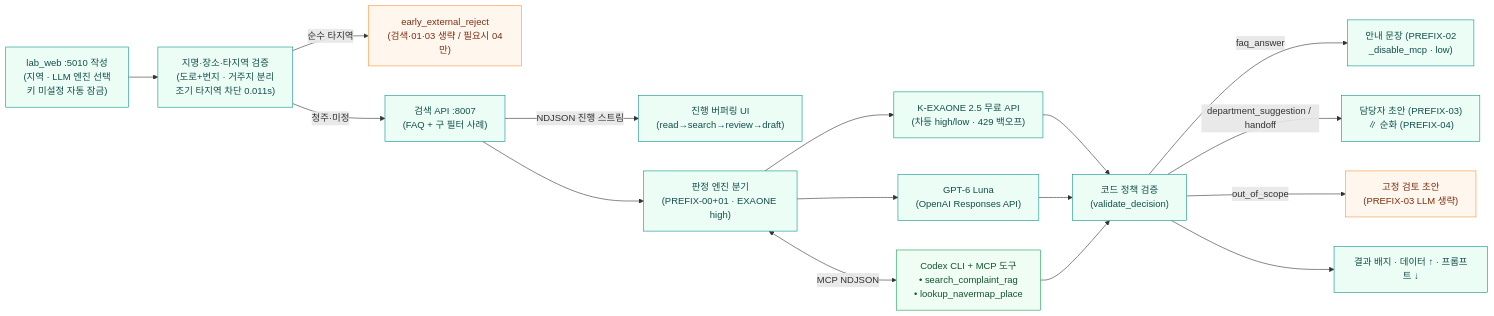
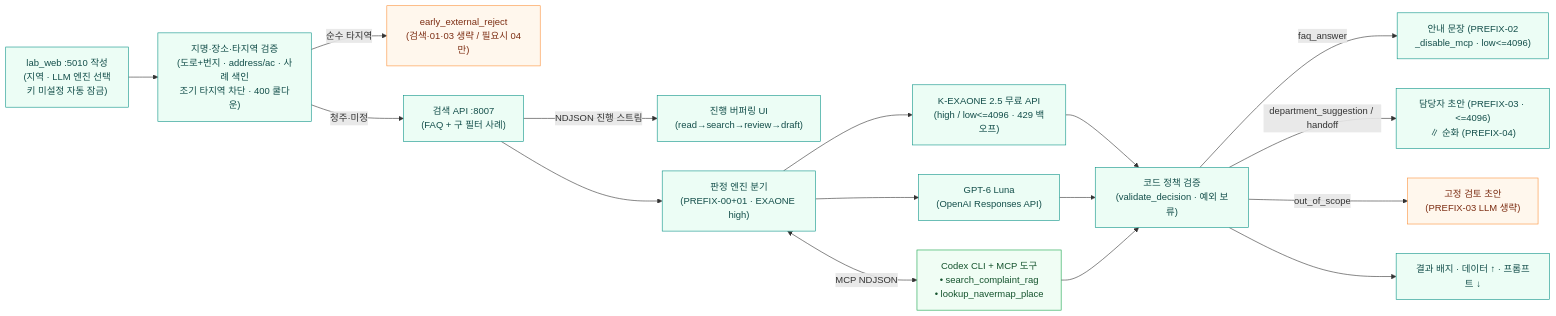
One commit to hy040504/ai-complaint-process changed the first of 4 diagrams in README.md. Above: the diagram before and after it, drawn with Mermaid. The commit also changed other lines of this file and 22 other files, not shown here.

````diff
--- a/README.md
+++ b/README.md
@@ -154,24 +154,24 @@
 ```mermaid
 flowchart LR
-    W["lab_web :5010 작성<br/>(지역 · LLM 엔진 선택<br/>키 미설정 자동 잠금)"] --> D["지명·장소·타지역 검증<br/>(도로+번지 · 거주지 분리<br/>조기 타지역 차단 0.011s)"]
+    W["lab_web :5010 작성<br/>(지역 · LLM 엔진 선택<br/>키 미설정 자동 잠금)"] --> D["지명·장소·타지역 검증<br/>(도로+번지 · address/ac · 사례 색인<br/>조기 타지역 차단 · 400 쿨다운)"]
     D -->|순수 타지역| E0["early_external_reject<br/>(검색·01·03 생략 / 필요시 04만)"]
     D -->|청주·미정| S["검색 API :8007<br/>(FAQ + 구 필터 사례)"]
     S -->|NDJSON 진행 스트림| P["진행 버퍼링 UI<br/>(read→search→review→draft)"]
     S --> C["판정 엔진 분기<br/>(PREFIX-00+01 · EXAONE high)"]
-    C --> E1["K-EXAONE 2.5 무료 API<br/>(차등 high/low · 429 백오프)"]
+    C --> E1["K-EXAONE 2.5 무료 API<br/>(high / low<=4096 · 429 백오프)"]
     C --> E2["GPT-6 Luna<br/>(OpenAI Responses API)"]
     C <-->|MCP NDJSON| M["Codex CLI + MCP 도구<br/>• search_complaint_rag<br/>• lookup_navermap_place"]
-    E1 --> V["코드 정책 검증<br/>(validate_decision)"]
+    E1 --> V["코드 정책 검증<br/>(validate_decision · 예외 보류)"]
     E2 --> V
     M --> V
-    V -->|faq_answer| F["안내 문장 (PREFIX-02<br/>_disable_mcp · low)"]
-    V -->|department_suggestion / handoff| B["담당자 초안 (PREFIX-03)<br/>∥ 순화 (PREFIX-04)"]
+    V -->|faq_answer| F["안내 문장 (PREFIX-02<br/>_disable_mcp · low<=4096)"]
+    V -->|department_suggestion / handoff| B["담당자 초안 (PREFIX-03 · <=4096)<br/>∥ 순화 (PREFIX-04)"]
     V -->|out_of_scope| H["고정 검토 초안<br/>(PREFIX-03 LLM 생략)"]
     V --> O["결과 배지 · 데이터 ↑ · 프롬프트 ↓"]
     classDef ready fill:#ecfdf5,stroke:#0d9488,color:#134e4a
     classDef human fill:#fff7ed,stroke:#fb923c,color:#7c2d12
     classDef tool fill:#f0fdf4,stroke:#16a34a,color:#14532d
     class W,D,S,P,C,E1,E2,V,F,B,O ready
     class E0,H human
     class M tool
 ```
````
